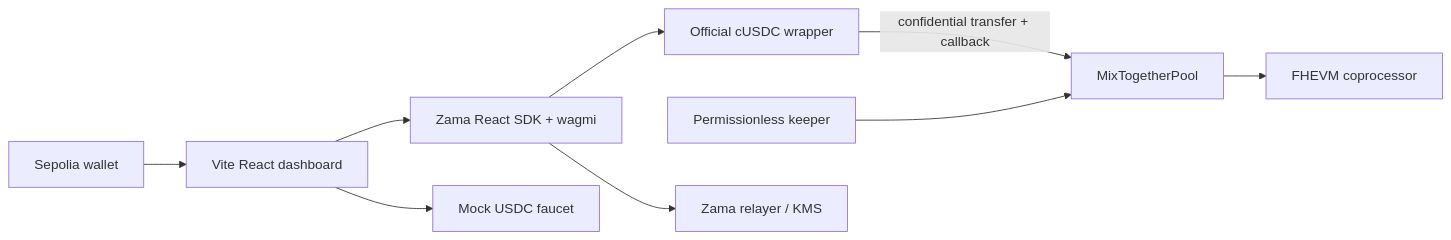
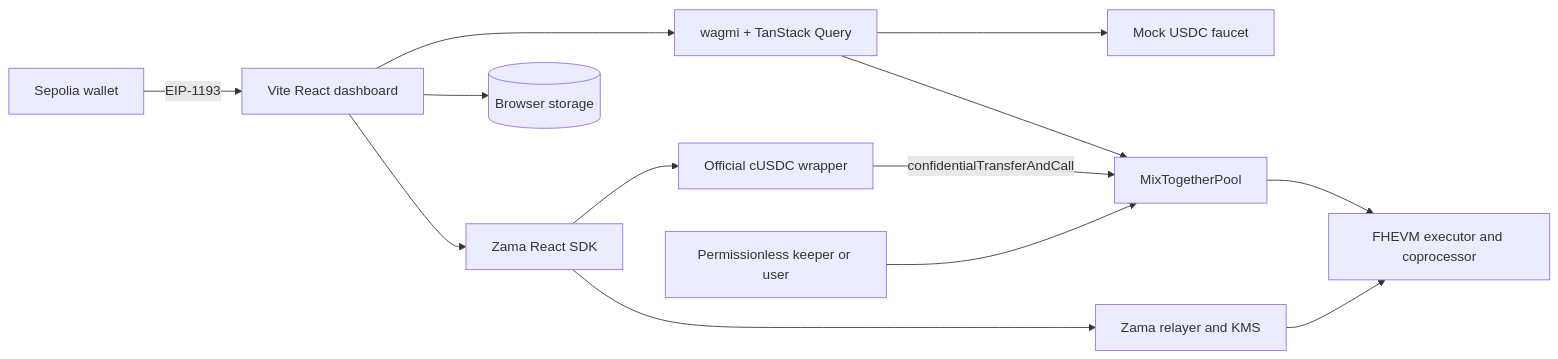
Before and after one commit to MrSufferer/mixtogether: the first of 2 diagrams in docs/ai/design/2026-09-05-feature-mixtogether.md, drawn with Mermaid. The commit also changed other lines of this file and 30 other files, not shown here.

````diff
--- a/docs/ai/design/2026-09-05-feature-mixtogether.md
+++ b/docs/ai/design/2026-09-05-feature-mixtogether.md
@@ -12,11 +13,15 @@
 ```mermaid
 flowchart LR
-  U[Sepolia wallet] --> W[Vite React dashboard]
-  W --> S[Zama React SDK + wagmi]
-  W --> M[Mock USDC faucet]
-  S --> C[Official cUSDC wrapper]
-  C -->|confidential transfer + callback| P[MixTogetherPool]
-  K[Permissionless keeper] --> P
-  S --> R[Zama relayer / KMS]
-  P --> F[FHEVM coprocessor]
+  U[Sepolia wallet] -->|EIP-1193| W[Vite React dashboard]
+  W --> Q[wagmi + TanStack Query]
+  W --> Z[Zama React SDK]
+  W --> B[(Browser storage)]
+  Q --> M[Mock USDC faucet]
+  Q --> P[MixTogetherPool]
+  Z --> C[Official cUSDC wrapper]
+  Z --> R[Zama relayer and KMS]
+  C -->|confidentialTransferAndCall| P
+  K[Permissionless keeper or user] --> P
+  P --> F[FHEVM executor and coprocessor]
+  R --> F
 ```
````
